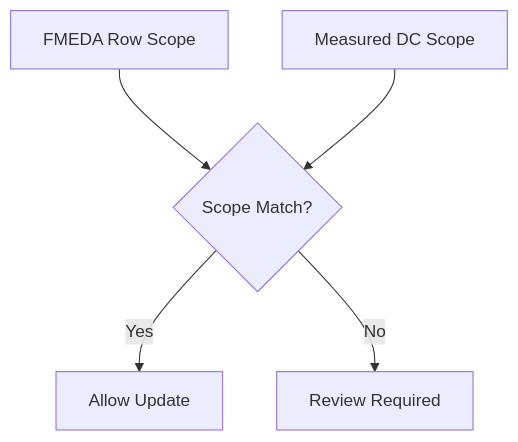
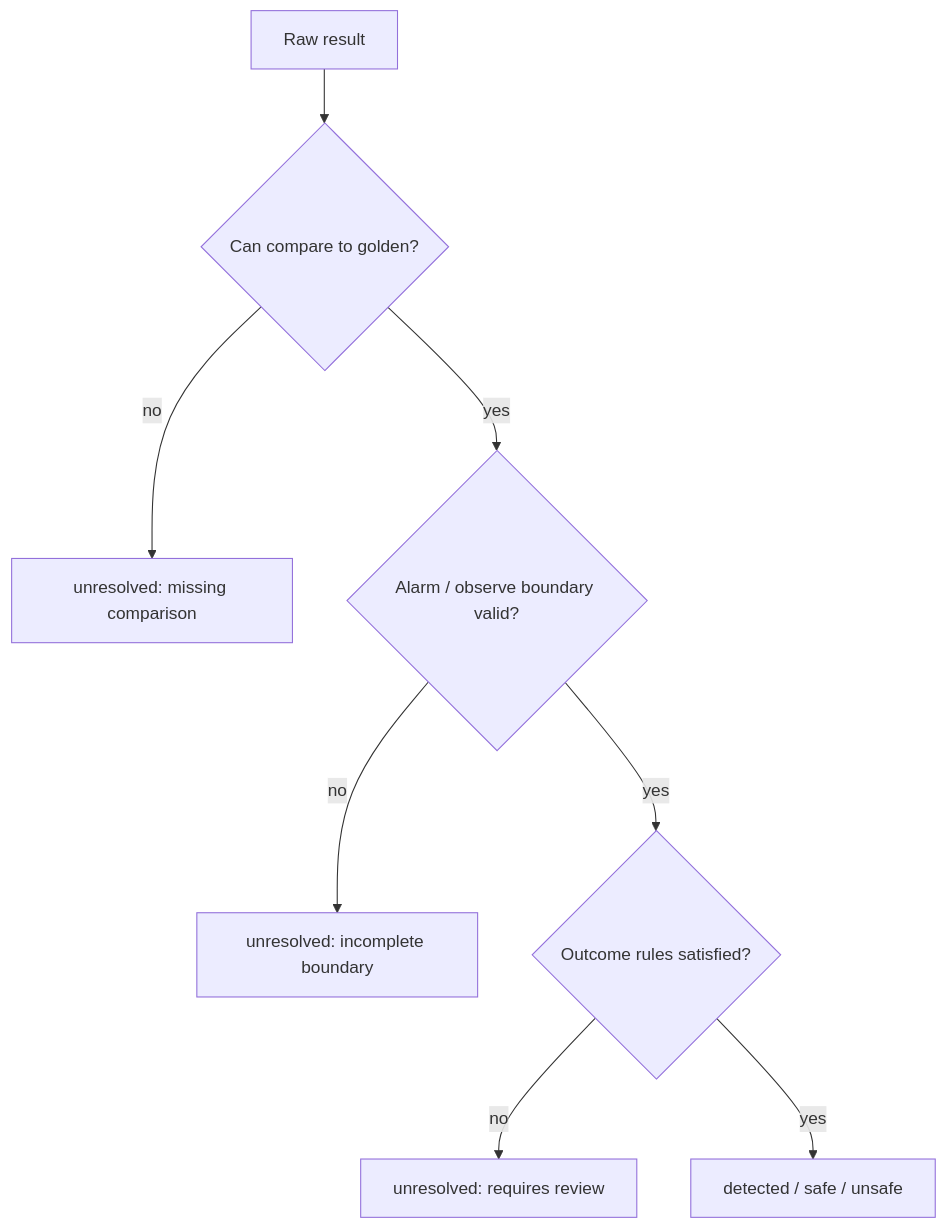
One commit to qiqixixi1001/automotive-safeic-practice changed the sixth of 10 diagrams in articles/13_automotive_safeic_practice_d13_github_en_fmeda_update.md. Above: the diagram before and after it, drawn with Mermaid. The commit also changed other lines of this file, not shown here.

````diff
--- a/articles/13_automotive_safeic_practice_d13_github_en_fmeda_update.md
+++ b/articles/13_automotive_safeic_practice_d13_github_en_fmeda_update.md
@@ -393,7 +339,10 @@
 ```mermaid
 flowchart TD
-    A[FMEDA Row Scope] --> C{Scope Match?}
-    B[Measured DC Scope] --> C
-    C -- Yes --> D[Allow Update]
-    C -- No --> E[Review Required]
+    A[Raw result] --> B{Can compare to golden?}
+    B -- no --> U[unresolved: missing comparison]
+    B -- yes --> C{Alarm / observe boundary valid?}
+    C -- no --> U2[unresolved: incomplete boundary]
+    C -- yes --> D{Outcome rules satisfied?}
+    D -- no --> U3[unresolved: requires review]
+    D -- yes --> E[detected / safe / unsafe]
 ```
````
